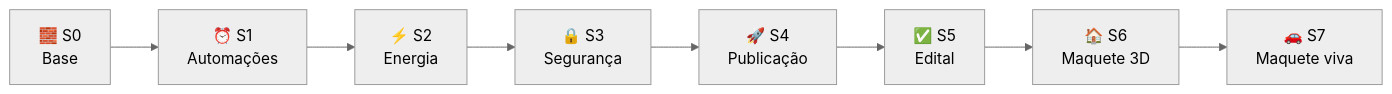
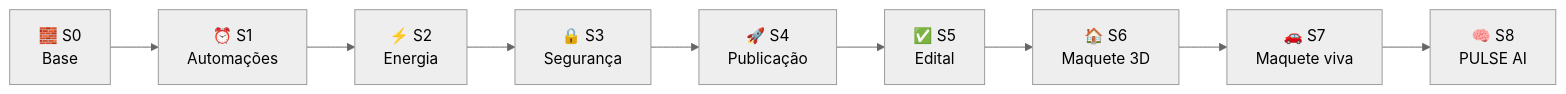
The first of 2 diagrams in SPRINTS.md (AndreDias123/Pulse2050_Casa_Inteligente), drawn with Mermaid (neutral theme) before and after one commit. The commit also changed other lines of this file and 18 other files, not shown here.

````diff
--- a/SPRINTS.md
+++ b/SPRINTS.md
@@ -8,5 +8,6 @@
 ```mermaid
 flowchart LR
     S0["🧱 S0<br/>Base"] --> S1["⏰ S1<br/>Automações"] --> S2["⚡ S2<br/>Energia"] --> S3["🔒 S3<br/>Segurança"]
     S3 --> S4["🚀 S4<br/>Publicação"] --> S5["✅ S5<br/>Edital"] --> S6["🏠 S6<br/>Maquete 3D"] --> S7["🚗 S7<br/>Maquete viva"]
+    S7 --> S8["🧠 S8<br/>PULSE AI"]
 ```
````
